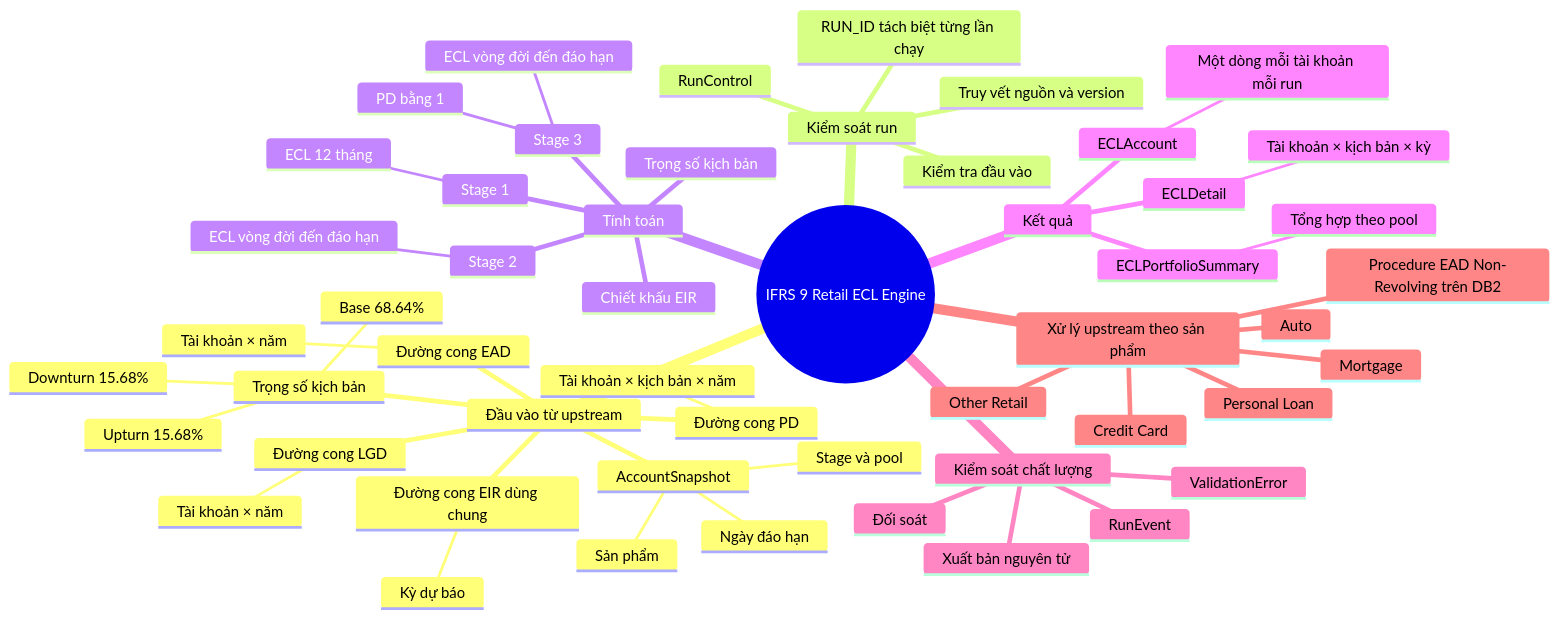
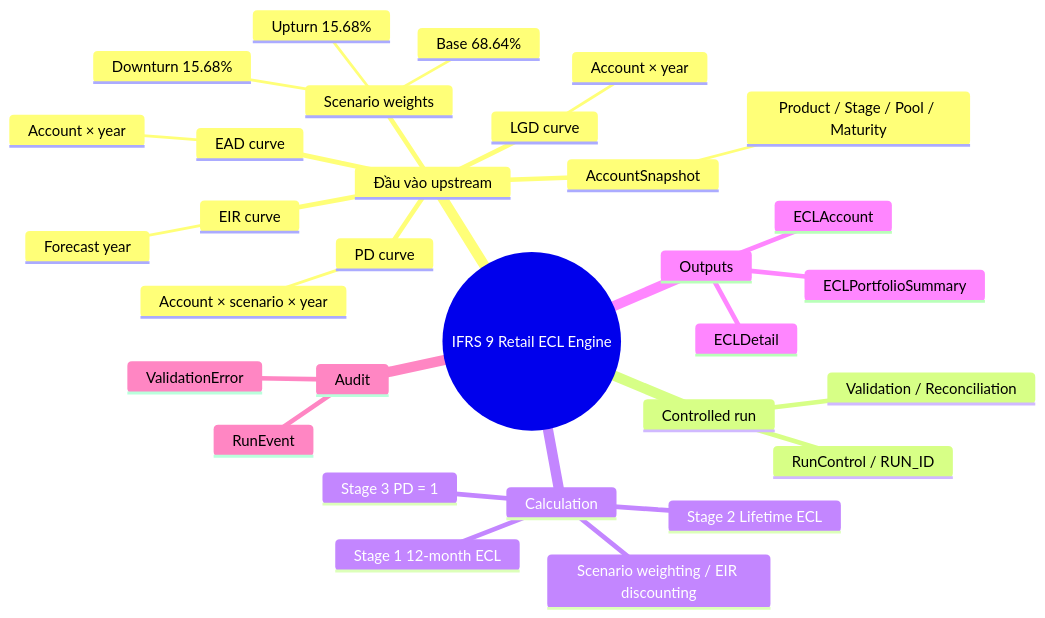
The first of 2 diagrams in README.vi.md (nguyenngocbinh/ifrs9-retail-ecl-engine), drawn with Mermaid before and after one commit. The commit also changed other lines of this file, not shown here.

````diff
--- a/README.vi.md
+++ b/README.vi.md
@@ -23,55 +21,34 @@
 ```mermaid
 mindmap
   root((IFRS 9 Retail ECL Engine))
-    Đầu vào từ upstream
+    Đầu vào upstream
       AccountSnapshot
-        Sản phẩm
-        Stage và pool
-        Ngày đáo hạn
-      Đường cong PD
-        Tài khoản × kịch bản × năm
-      Đường cong LGD
-        Tài khoản × năm
-      Đường cong EAD
-        Tài khoản × năm
-      Đường cong EIR dùng chung
-        Kỳ dự báo
-      Trọng số kịch bản
+        Product / Stage / Pool / Maturity
+      PD curve
+        Account × scenario × year
+      LGD curve
+        Account × year
+      EAD curve
+        Account × year
+      EIR curve
+        Forecast year
+      Scenario weights
         Downturn 15.68%
         Base 68.64%
         Upturn 15.68%
-    Kiểm soát run
-      RunControl
-      RUN_ID tách biệt từng lần chạy
-      Kiểm tra đầu vào
-      Truy vết nguồn và version
-    Tính toán
-      Stage 1
-        ECL 12 tháng
-      Stage 2
-        ECL vòng đời đến đáo hạn
-      Stage 3
-        PD bằng 1
-        ECL vòng đời đến đáo hạn
-      Trọng số kịch bản
-      Chiết khấu EIR
-    Kết quả
+    Controlled run
+      RunControl / RUN_ID
+      Validation / Reconciliation
+    Calculation
+      Stage 1 12-month ECL
+      Stage 2 Lifetime ECL
+      Stage 3 PD = 1
+      Scenario weighting / EIR discounting
+    Outputs
       ECLDetail
-        Tài khoản × kịch bản × kỳ
       ECLAccount
-        Một dòng mỗi tài khoản mỗi run
       ECLPortfolioSummary
-        Tổng hợp theo pool
-    Kiểm soát chất lượng
-      Đối soát
+    Audit
+      RunEvent
       ValidationError
-      RunEvent
-      Xuất bản nguyên tử
-    Xử lý upstream theo sản phẩm
-      Mortgage
-      Auto
-      Credit Card
-      Personal Loan
-      Other Retail
-      Procedure EAD Non-Revolving trên DB2
 ```
````
